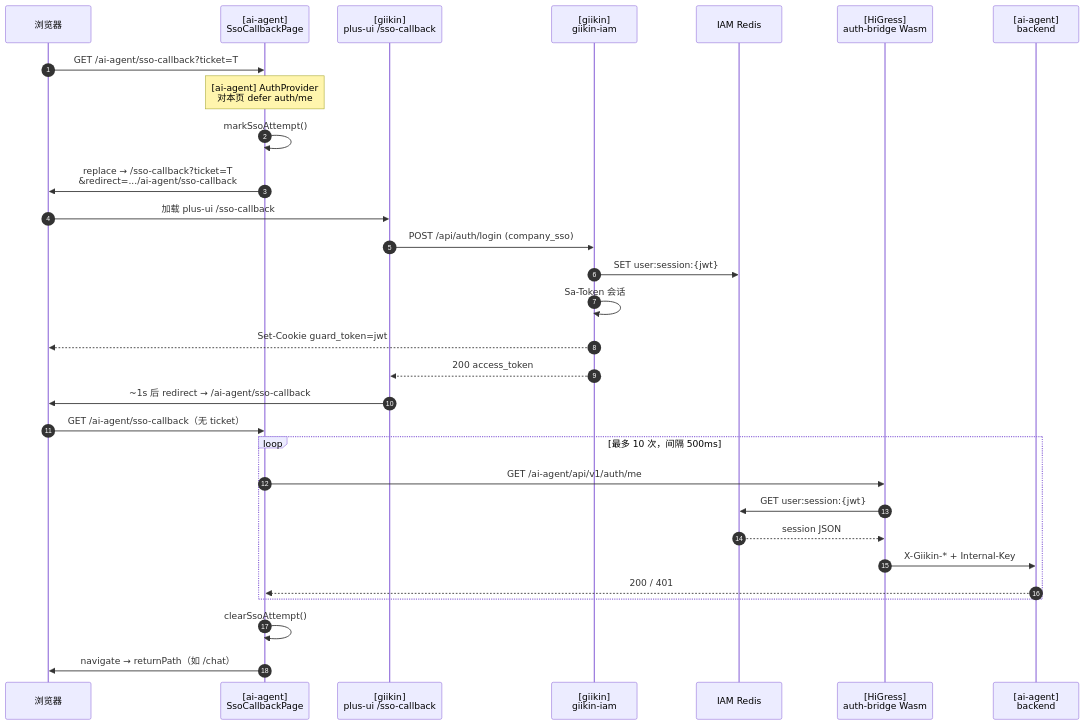
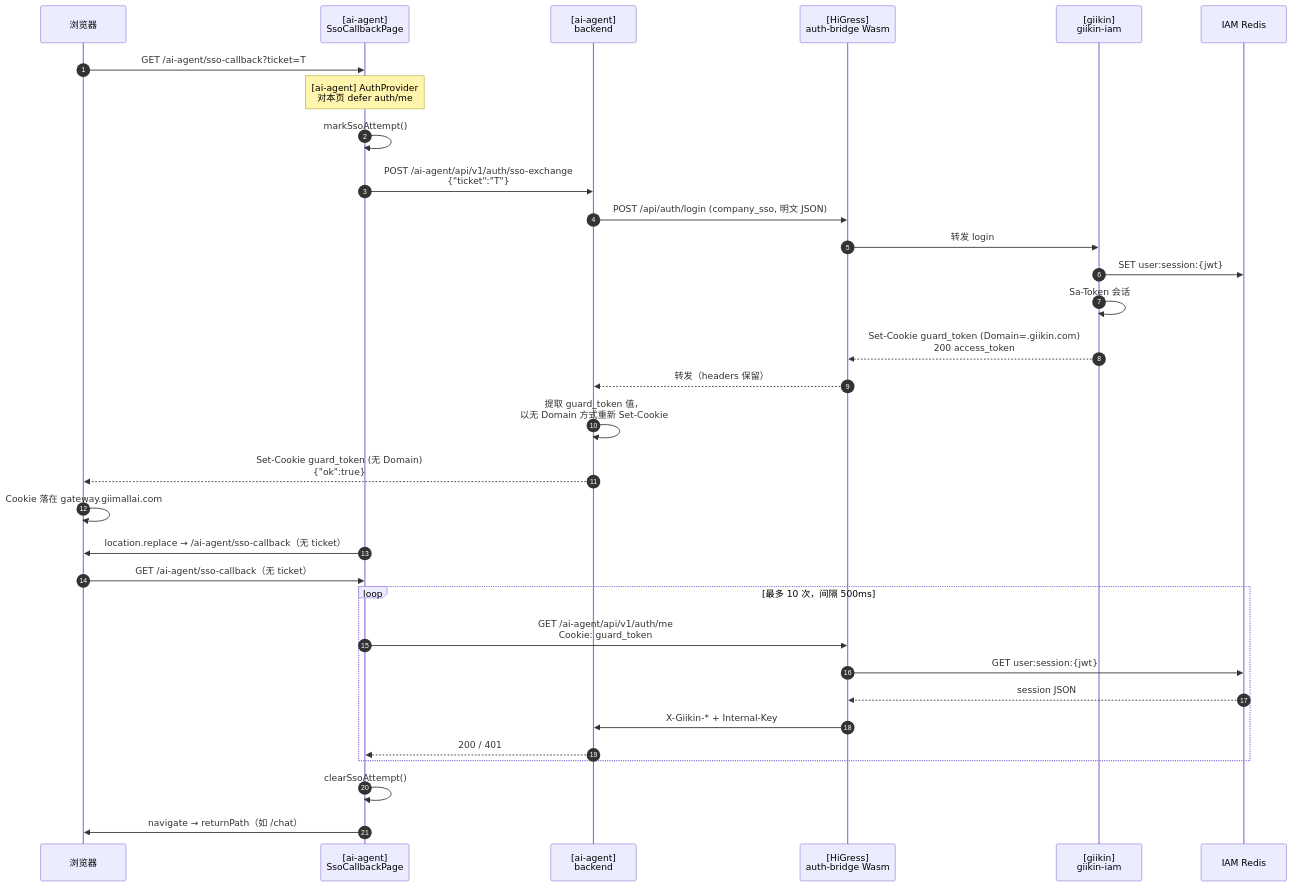
Before and after one commit to tianyehedashu/ai-agent: the seventh of 10 diagrams in docs/SSO.md, drawn with Mermaid. The commit also changed other lines of this file and 3 other files, not shown here.

First line of the commit message:
fix(sso): ai-agent 后端接管 SSO ticket 换票以解决 guard_token 跨域 Cookie 问题

````diff
--- a/docs/SSO.md
+++ b/docs/SSO.md
@@ -239,35 +245,38 @@
 ```mermaid
 sequenceDiagram
     autonumber
     participant B as 浏览器
     participant CB as [ai-agent]<br/>SsoCallbackPage
-    participant PU as [giikin]<br/>plus-ui /sso-callback
+    participant BE as [ai-agent]<br/>backend
+    participant HG as [HiGress]<br/>auth-bridge Wasm
     participant IAM as [giikin]<br/>giikin-iam
     participant R as IAM Redis
-    participant HG as [HiGress]<br/>auth-bridge Wasm
-    participant BE as [ai-agent]<br/>backend
 
     B->>CB: GET /ai-agent/sso-callback?ticket=T
     Note over CB: [ai-agent] AuthProvider<br/>对本页 defer auth/me
     CB->>CB: markSsoAttempt()
-    CB->>B: replace → /sso-callback?ticket=T<br/>&redirect=.../ai-agent/sso-callback
+    CB->>BE: POST /ai-agent/api/v1/auth/sso-exchange<br/>{"ticket":"T"}
 
-    B->>PU: 加载 plus-ui /sso-callback
-    PU->>IAM: POST /api/auth/login (company_sso)
+    BE->>HG: POST /api/auth/login (company_sso, 明文 JSON)
+    HG->>IAM: 转发 login
     IAM->>R: SET user:session:{jwt}
     IAM->>IAM: Sa-Token 会话
-    IAM-->>B: Set-Cookie guard_token=jwt
-    IAM-->>PU: 200 access_token
-    PU->>B: ~1s 后 redirect → /ai-agent/sso-callback
+    IAM-->>HG: Set-Cookie guard_token (Domain=.giikin.com)<br/>200 access_token
+    HG-->>BE: 转发（headers 保留）
 
+    BE->>BE: 提取 guard_token 值，<br/>以无 Domain 方式重新 Set-Cookie
+    BE-->>B: Set-Cookie guard_token (无 Domain)<br/>{"ok":true}
+    B->>B: Cookie 落在 gateway.giimallai.com
+
+    CB->>B: location.replace → /ai-agent/sso-callback（无 ticket）
     B->>CB: GET /ai-agent/sso-callback（无 ticket）
     loop 最多 10 次，间隔 500ms
-        CB->>HG: GET /ai-agent/api/v1/auth/me
+        CB->>HG: GET /ai-agent/api/v1/auth/me<br/>Cookie: guard_token
         HG->>R: GET user:session:{jwt}
         R-->>HG: session JSON
         HG->>BE: X-Giikin-* + Internal-Key
         BE-->>CB: 200 / 401
     end
     CB->>CB: clearSsoAttempt()
     CB->>B: navigate → returnPath（如 /chat）
 ```
````
